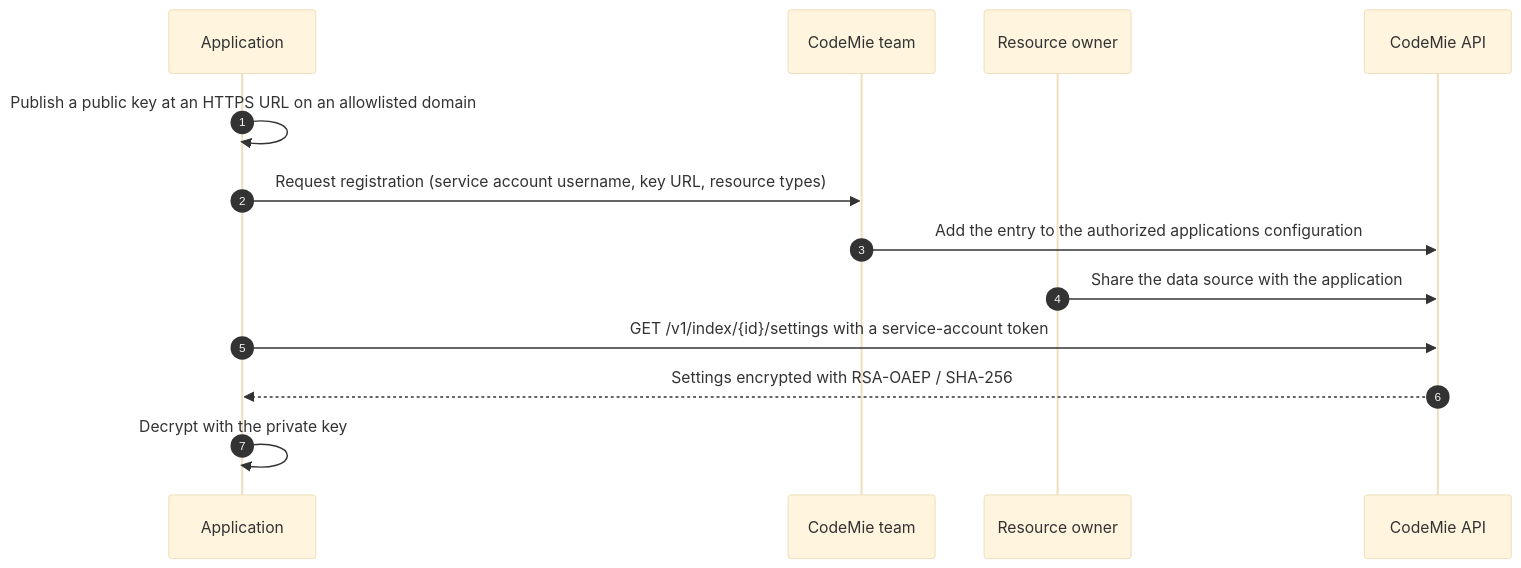
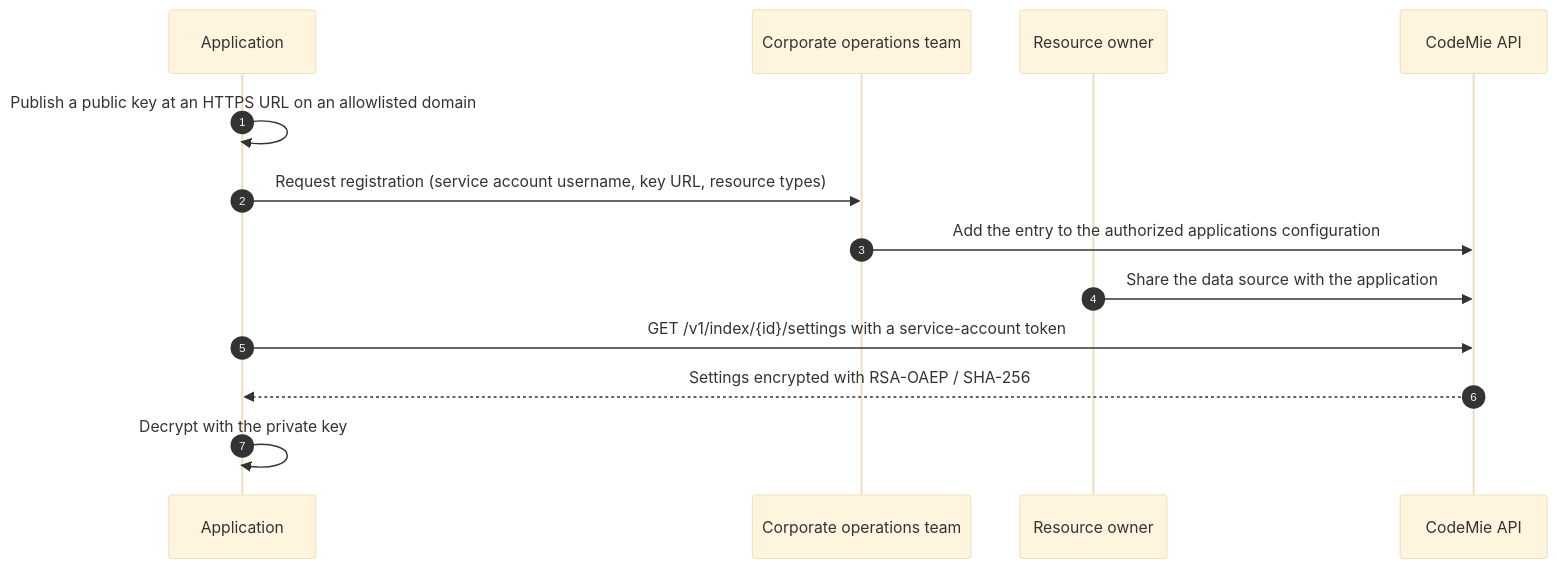
One commit to codemie-ai/docs changed the second of 2 diagrams in docs/user-guide/applications/integration-guide.md. Above: the diagram before and after it, drawn with Mermaid (base theme). The commit also changed other lines of this file and 5 other files, not shown here.

````diff
--- a/docs/user-guide/applications/integration-guide.md
+++ b/docs/user-guide/applications/integration-guide.md
@@ -245,15 +245,15 @@
 ```mermaid
 sequenceDiagram
   autonumber
   participant App as Application
-  participant CM as CodeMie team
+  participant CM as Corporate operations team
   participant Owner as Resource owner
   participant API as CodeMie API
   App->>App: Publish a public key at an HTTPS URL on an allowlisted domain
   App->>CM: Request registration (service account username, key URL, resource types)
   CM->>API: Add the entry to the authorized applications configuration
   Owner->>API: Share the data source with the application
   App->>API: GET /v1/index/{id}/settings with a service-account token
   API-->>App: Settings encrypted with RSA-OAEP / SHA-256
   App->>App: Decrypt with the private key
 ```
````
